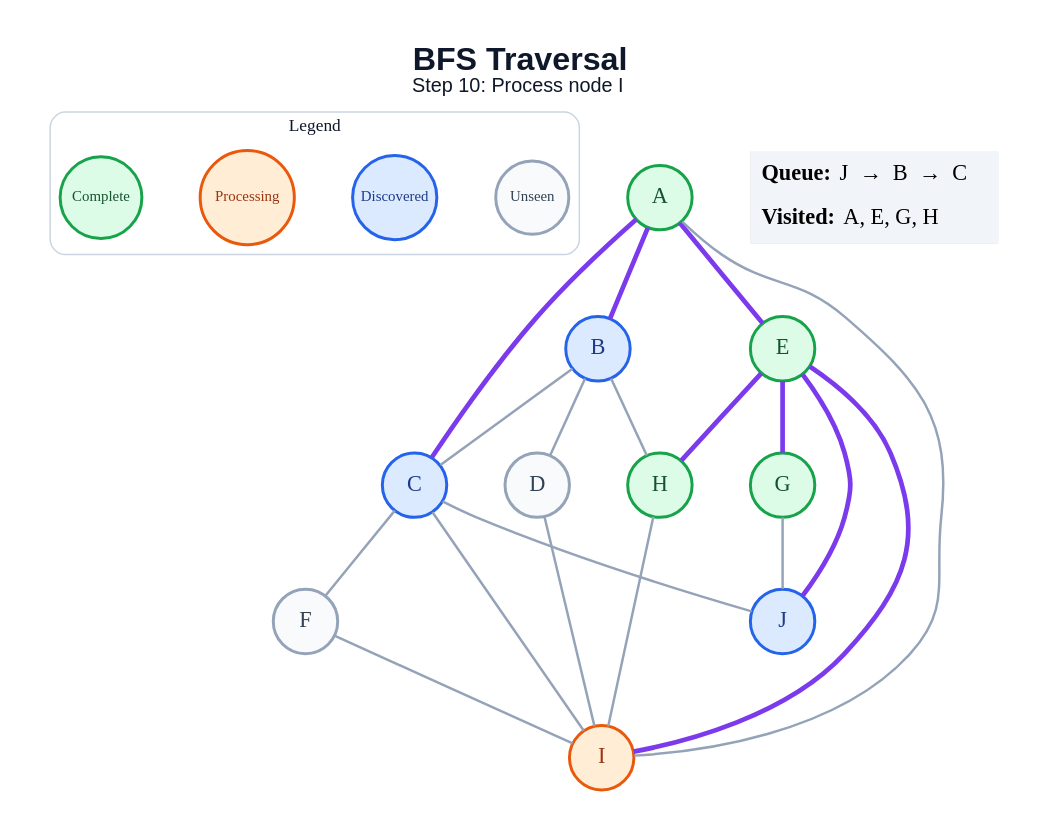
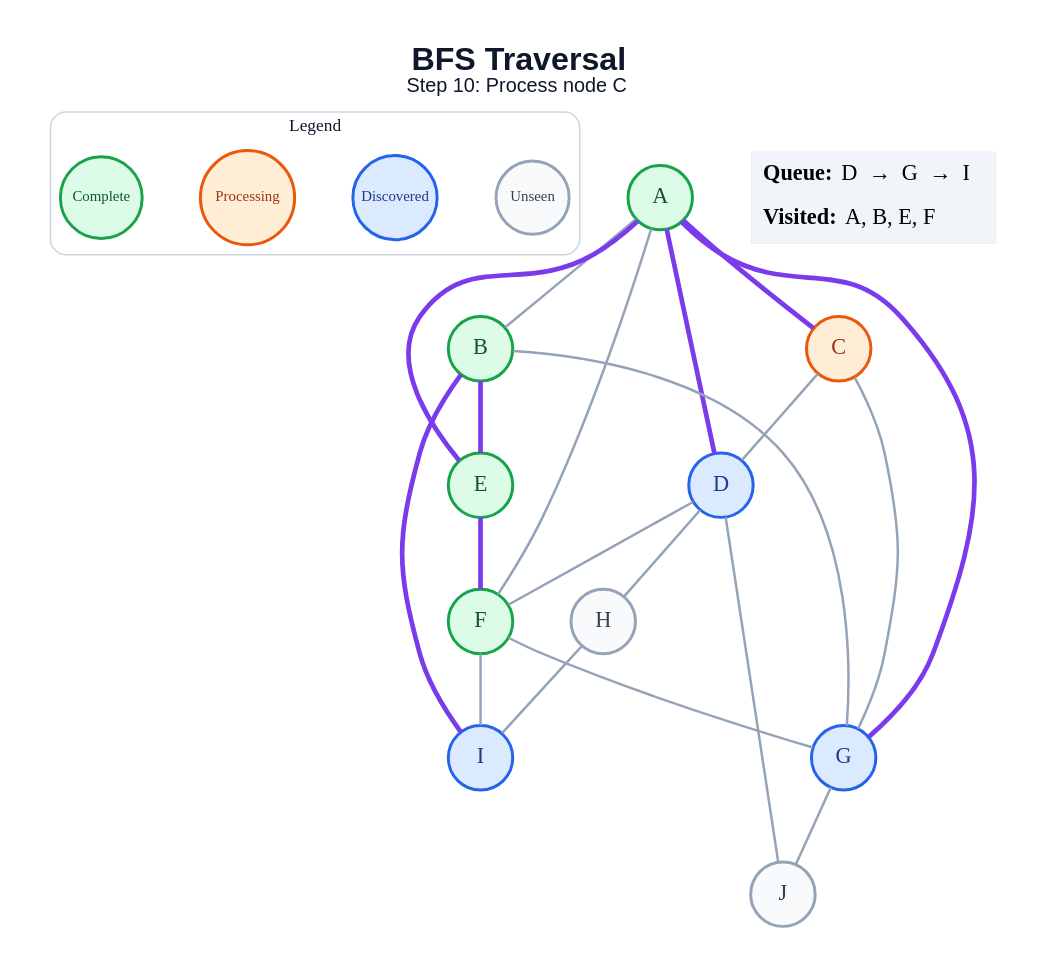
One commit to amanghodawala9/ai-slop changed the diagram in generated/specific-node/bfs/step_10.dot. Above: the diagram before and after it, drawn with Graphviz. The commit also changed 178 other files, not shown here.

```diff
--- a/generated/specific-node/bfs/step_10.dot
+++ b/generated/specific-node/bfs/step_10.dot
@@ -1,47 +1,48 @@
 graph traversal {
   graph [layout=dot, rankdir=TB, bgcolor="#FFFFFF", pad="0.35", nodesep="0.65", ranksep="0.8", fontname="Arial"];
   node [shape=circle, style="filled", fontname="Arial Bold", fontsize=18, width=0.72, fixedsize=true, penwidth=2.4];
   edge [color="#94A3B8", penwidth=2.0];
-  label=<<B>BFS Traversal</B><BR/><FONT POINT-SIZE="16">Step 10: Process node I</FONT>>; labelloc="t"; fontsize=26; fontname="Arial"; fontcolor="#0F172A";
+  label=<<B>BFS Traversal</B><BR/><FONT POINT-SIZE="16">Step 10: Process node C</FONT>>; labelloc="t"; fontsize=26; fontname="Arial"; fontcolor="#0F172A";
   subgraph cluster_legend { label="Legend"; color="#CBD5E1"; penwidth=1.2; style="rounded"; fontsize=14; fontname="Arial Bold";
     key_unseen [label="Unseen", fillcolor="#F8FAFC", color="#94A3B8", fontcolor="#334155", fontsize=12, width=0.82];
     key_frontier [label="Discovered", fillcolor="#DBEAFE", color="#2563EB", fontcolor="#1E3A8A", fontsize=12, width=0.95];
     key_current [label="Processing", fillcolor="#FFEDD5", color="#EA580C", fontcolor="#9A3412", fontsize=12, width=1.05];
     key_done [label="Complete", fillcolor="#DCFCE7", color="#16A34A", fontcolor="#14532D", fontsize=12, width=0.92];
     { rank=same; key_unseen; key_frontier; key_current; key_done; }
   }
   A [fillcolor="#DCFCE7", color="#16A34A", fontcolor="#14532D"];
-  B [fillcolor="#DBEAFE", color="#2563EB", fontcolor="#1E3A8A"];
-  C [fillcolor="#DBEAFE", color="#2563EB", fontcolor="#1E3A8A"];
-  D [fillcolor="#F8FAFC", color="#94A3B8", fontcolor="#334155"];
+  B [fillcolor="#DCFCE7", color="#16A34A", fontcolor="#14532D"];
+  C [fillcolor="#FFEDD5", color="#EA580C", fontcolor="#9A3412"];
+  D [fillcolor="#DBEAFE", color="#2563EB", fontcolor="#1E3A8A"];
   E [fillcolor="#DCFCE7", color="#16A34A", fontcolor="#14532D"];
-  F [fillcolor="#F8FAFC", color="#94A3B8", fontcolor="#334155"];
-  G [fillcolor="#DCFCE7", color="#16A34A", fontcolor="#14532D"];
-  H [fillcolor="#DCFCE7", color="#16A34A", fontcolor="#14532D"];
-  I [fillcolor="#FFEDD5", color="#EA580C", fontcolor="#9A3412"];
-  J [fillcolor="#DBEAFE", color="#2563EB", fontcolor="#1E3A8A"];
-  A -- B [color="#7C3AED", penwidth=3.8];
+  F [fillcolor="#DCFCE7", color="#16A34A", fontcolor="#14532D"];
+  G [fillcolor="#DBEAFE", color="#2563EB", fontcolor="#1E3A8A"];
+  H [fillcolor="#F8FAFC", color="#94A3B8", fontcolor="#334155"];
+  I [fillcolor="#DBEAFE", color="#2563EB", fontcolor="#1E3A8A"];
+  J [fillcolor="#F8FAFC", color="#94A3B8", fontcolor="#334155"];
+  A -- B;
   A -- C [color="#7C3AED", penwidth=3.8];
+  A -- D [color="#7C3AED", penwidth=3.8];
   A -- E [color="#7C3AED", penwidth=3.8];
-  A -- I;
-  B -- C;
-  B -- D;
-  B -- H;
-  C -- F;
-  C -- I;
-  C -- J;
-  D -- I;
-  E -- G [color="#7C3AED", penwidth=3.8];
-  E -- H [color="#7C3AED", penwidth=3.8];
-  E -- I [color="#7C3AED", penwidth=3.8];
-  E -- J [color="#7C3AED", penwidth=3.8];
+  A -- F;
+  A -- G [color="#7C3AED", penwidth=3.8];
+  B -- E [color="#7C3AED", penwidth=3.8];
+  B -- G;
+  B -- I [color="#7C3AED", penwidth=3.8];
+  C -- D;
+  C -- G;
+  D -- F;
+  D -- H;
+  D -- J;
+  E -- F [color="#7C3AED", penwidth=3.8];
+  F -- G;
   F -- I;
   G -- J;
   H -- I;
   status [shape=plain, fixedsize=false, width=0, height=0, margin=0, label=<
     <TABLE BORDER="0" CELLBORDER="0" CELLPADDING="7" BGCOLOR="#F1F5F9">
-      <TR><TD ALIGN="LEFT"><B>Queue:</B> J  →  B  →  C</TD></TR>
-      <TR><TD ALIGN="LEFT"><B>Visited:</B> A, E, G, H</TD></TR>
+      <TR><TD ALIGN="LEFT"><B>Queue:</B> D  →  G  →  I</TD></TR>
+      <TR><TD ALIGN="LEFT"><B>Visited:</B> A, B, E, F</TD></TR>
     </TABLE>
   >];
 }
```
